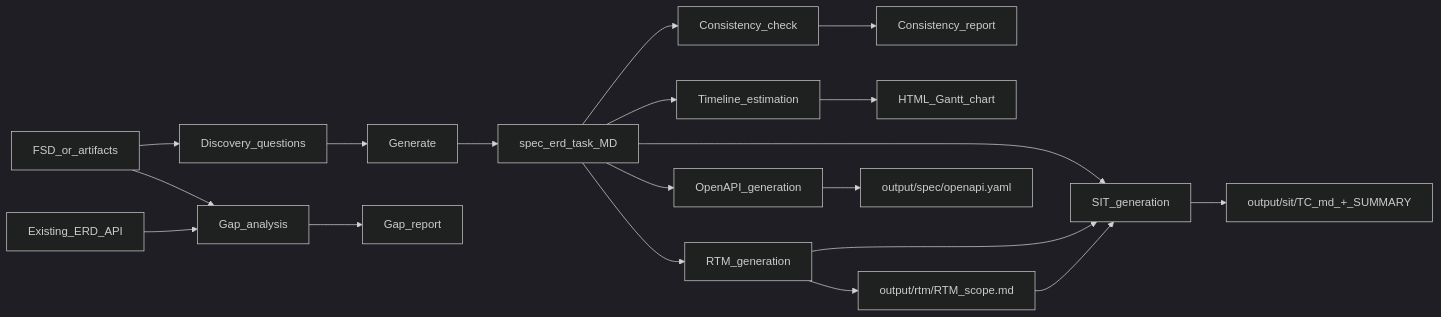
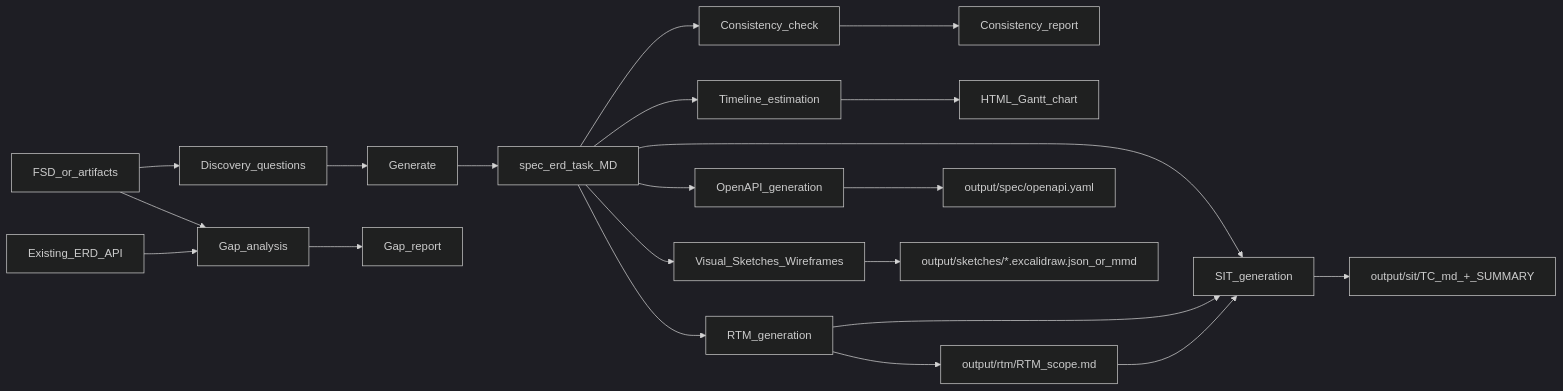
The diagram in src-tauri/vendor-skills/fsd-analyzer/SKILL.md (rogasper/onesist), drawn with Mermaid (dark theme) before and after one commit. The commit also changed other lines of this file and 9 other files, not shown here.

First line of the commit message:
fix(desktop): plantuml script path & icons serve in Tauri

````diff
--- a/src-tauri/vendor-skills/fsd-analyzer/SKILL.md
+++ b/src-tauri/vendor-skills/fsd-analyzer/SKILL.md
@@ -50,23 +52,25 @@
 ```mermaid
 flowchart LR
   FSD[FSD_or_artifacts]
   FSD --> DISC[Discovery_questions]
   DISC --> GEN[Generate]
   FSD --> GAP[Gap_analysis]
   EXIST[Existing_ERD_API]
   EXIST --> GAP
   GEN --> OUT1[spec_erd_task_MD]
   GAP --> OUT2[Gap_report]
   OUT1 --> CONS[Consistency_check]
   CONS --> OUT3[Consistency_report]
   OUT1 --> TL[Timeline_estimation]
   TL --> OUT4[HTML_Gantt_chart]
   OUT1 --> RTM[RTM_generation]
   RTM --> OUT5[output/rtm/RTM_scope.md]
   OUT1 --> OAS[OpenAPI_generation]
   OAS --> OUT6[output/spec/openapi.yaml]
   OUT1 --> SIT[SIT_generation]
   RTM --> SIT
   OUT5 --> SIT
   SIT --> OUT7[output/sit/TC_md_+_SUMMARY]
+  OUT1 --> SKETCH[Visual_Sketches_Wireframes]
+  SKETCH --> OUT8[output/sketches/*.excalidraw.json_or_mmd]
 ```
````
